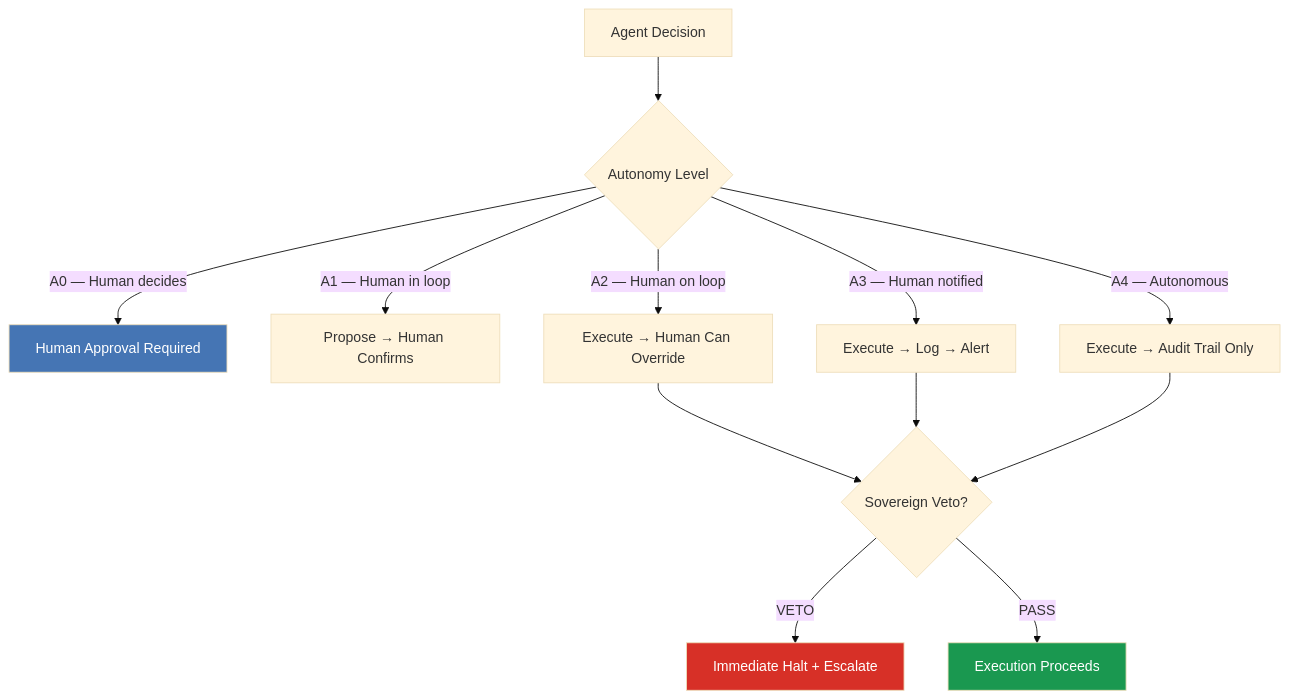
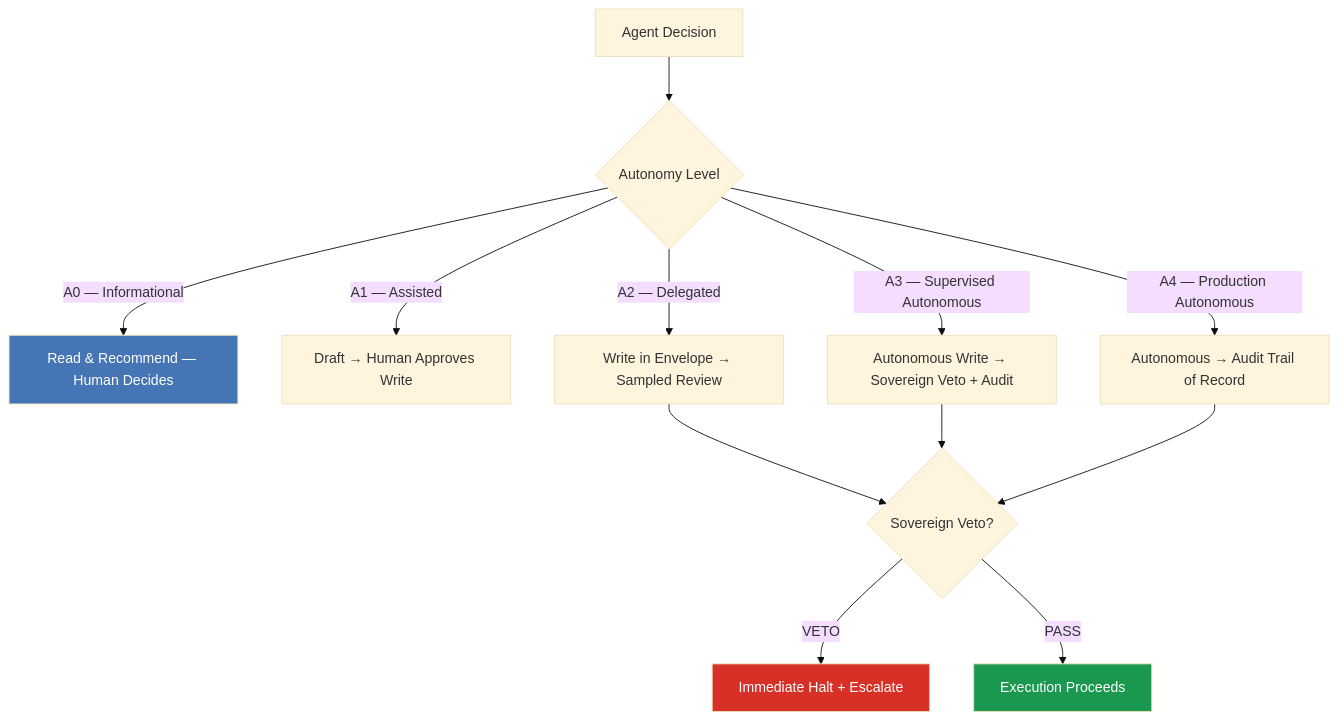
Before and after one commit to linus10x/finserv-agent-audit: the second of 3 diagrams in README.md, drawn with Mermaid (base theme). The commit also changed 3 other files, not shown here.

Commit message:
docs: align Autonomy Ladder labels to canonical A0–A4 (Informational/Assisted/Delegated/Supervised Autonomous/Production Autonomous)

````diff
--- a/README.md
+++ b/README.md
@@ -117,19 +117,19 @@
 ```mermaid
 flowchart TD
     A[Agent Decision] --> B{Autonomy Level}
-    B -->|A0 — Human decides| C[Human Approval Required]
-    B -->|A1 — Human in loop| D[Propose → Human Confirms]
-    B -->|A2 — Human on loop| E[Execute → Human Can Override]
-    B -->|A3 — Human notified| F[Execute → Log → Alert]
-    B -->|A4 — Autonomous| G[Execute → Audit Trail Only]
+    B -->|A0 — Informational| C[Read & Recommend — Human Decides]
+    B -->|A1 — Assisted| D[Draft → Human Approves Write]
+    B -->|A2 — Delegated| E[Write in Envelope → Sampled Review]
+    B -->|A3 — Supervised Autonomous| F[Autonomous Write → Sovereign Veto + Audit]
+    B -->|A4 — Production Autonomous| G[Autonomous → Audit Trail of Record]
 
     E --> H{Sovereign Veto?}
     F --> H
     G --> H
     H -->|VETO| I[Immediate Halt + Escalate]
     H -->|PASS| J[Execution Proceeds]
 
     style I fill:#d73027,color:#fff
     style C fill:#4575b4,color:#fff
     style J fill:#1a9850,color:#fff
 ```
````
